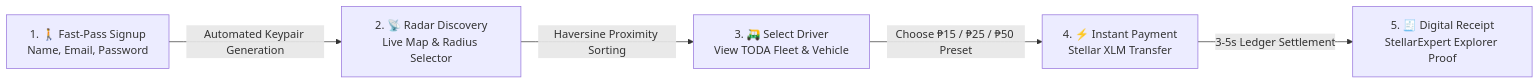
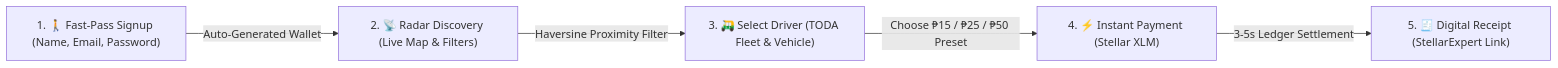
One commit to zneright/mobilis changed the second of 5 diagrams in docs/FLOWCHARTS.md. Above: the diagram before and after it, drawn with Mermaid. The commit also changed other lines of this file and 1 other file, not shown here.

````diff
--- a/docs/FLOWCHARTS.md
+++ b/docs/FLOWCHARTS.md
@@ -48,7 +48,7 @@
 ```mermaid
 flowchart LR
-    A[1. 🚶 Fast-Pass Signup<br/>Name, Email, Password] -->|Automated Keypair Generation| B[2. 📡 Radar Discovery<br/>Live Map & Radius Selector]
-    B -->|Haversine Proximity Sorting| C[3. 🛺 Select Driver<br/>View TODA Fleet & Vehicle]
-    C -->|Choose ₱15 / ₱25 / ₱50 Preset| D[4. ⚡ Instant Payment<br/>Stellar XLM Transfer]
-    D -->|3-5s Ledger Settlement| E[5. 🧾 Digital Receipt<br/>StellarExpert Explorer Proof]
+    A["1. 🚶 Fast-Pass Signup (Name, Email, Password)"] -->|Auto-Generated Wallet| B["2. 📡 Radar Discovery (Live Map & Filters)"]
+    B -->|Haversine Proximity Filter| C["3. 🛺 Select Driver (TODA Fleet & Vehicle)"]
+    C -->|Choose ₱15 / ₱25 / ₱50 Preset| D["4. ⚡ Instant Payment (Stellar XLM)"]
+    D -->|3-5s Ledger Settlement| E["5. 🧾 Digital Receipt (StellarExpert Link)"]
 ```
````
